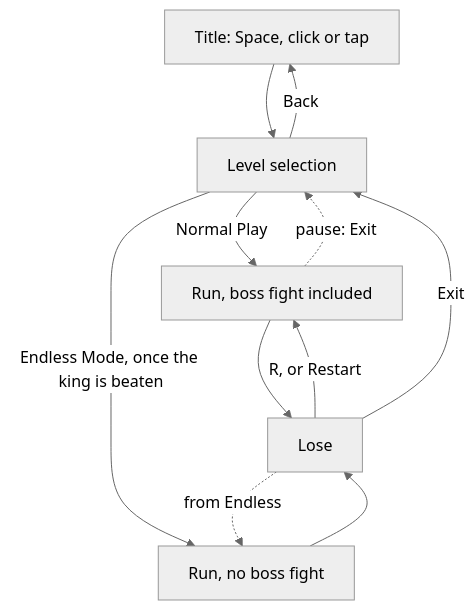
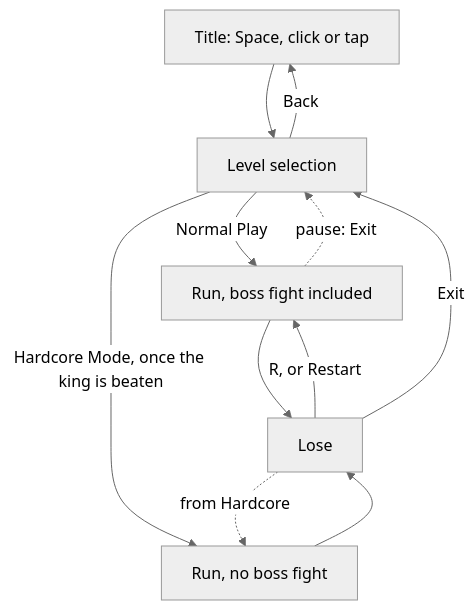
The second of 2 diagrams in docs/gameplay-loop-doc.md (CSCI-526/Team4-Lu_Lu), drawn with Mermaid (neutral theme) before and after one commit. The commit also changed other lines of this file and 50 other files, not shown here.

First line of the commit message:
rename Endless Mode to Hardcore Mode; board key kept w/ HACK

````diff
--- a/docs/gameplay-loop-doc.md
+++ b/docs/gameplay-loop-doc.md
@@ -72,13 +72,13 @@
 ```mermaid
 graph TD
   Title[Title: Space, click or tap] --> Select[Level selection]
   Select -->|Normal Play| Run[Run, boss fight included]
-  Select -->|Endless Mode, once the king is beaten| Endless[Run, no boss fight]
+  Select -->|Hardcore Mode, once the king is beaten| Hardcore[Run, no boss fight]
   Select -->|Back| Title
   Run --> Lose[Lose]
-  Endless --> Lose
+  Hardcore --> Lose
   Lose -->|R, or Restart| Run
   Lose -->|Exit| Select
   Run -.->|pause: Exit| Select
-  Lose -.->|from Endless| Endless
+  Lose -.->|from Hardcore| Hardcore
 ```
````
